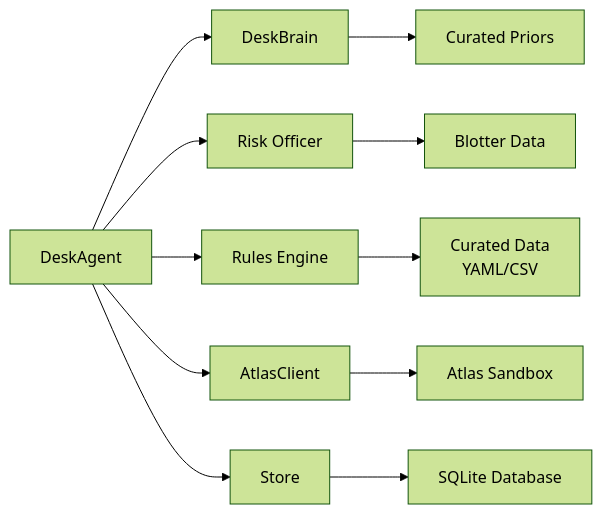
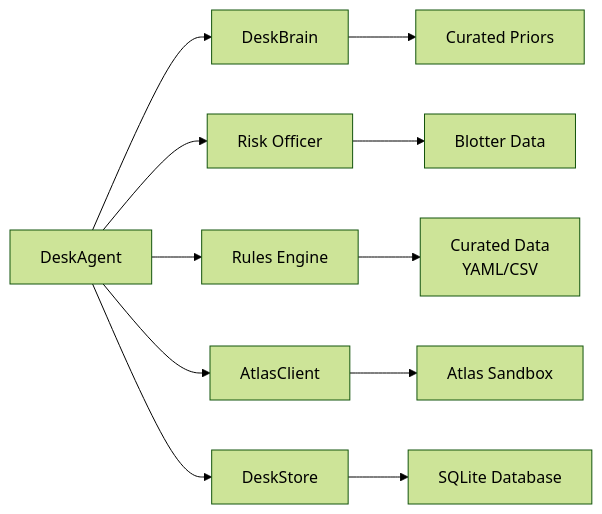
The eighth of 8 diagrams in .qoder/repowiki/en/content/Program Design/Program Design.md (jaydonnnk/waypoint), drawn with Mermaid (forest theme) before and after one commit. The commit also changed other lines of this file and 36 other files, not shown here.

````diff
--- a/.qoder/repowiki/en/content/Program Design/Program Design.md
+++ b/.qoder/repowiki/en/content/Program Design/Program Design.md
@@ -374,13 +412,13 @@
 ```mermaid
 graph LR
 Agent["DeskAgent"] --> Brain["DeskBrain"]
 Agent --> Auditor["Risk Officer"]
 Agent --> Rules["Rules Engine"]
 Agent --> Atlas["AtlasClient"]
-Agent --> Store["Store"]
+Agent --> Store["DeskStore"]
 Brain --> Priors["Curated Priors"]
 Auditor --> Blotter["Blotter Data"]
 Rules --> Data["Curated Data<br/>YAML/CSV"]
 Atlas --> External["Atlas Sandbox"]
 Store --> DB["SQLite Database"]
 ```
````
